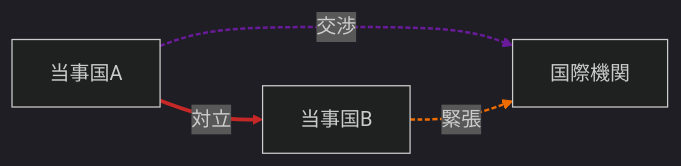
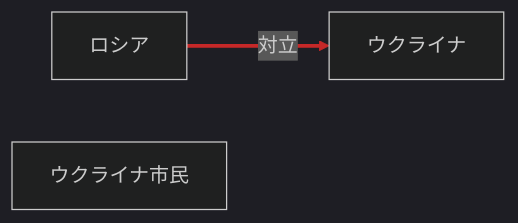
One commit to YUUUyutaro/tiseigaku changed diagram 19 of 25 in docs/reports/2026-04-22.md. Above: the diagram before and after it, drawn with Mermaid (dark theme). The commit also changed other lines of this file and 3 other files, not shown here.

````diff
--- a/docs/reports/2026-04-22.md
+++ b/docs/reports/2026-04-22.md
@@ -260,12 +348,8 @@
 ```mermaid
 graph LR
-  N0["当事国A"]
-  N1["当事国B"]
-  N2["国際機関"]
+  N0["ロシア"]
+  N1["ウクライナ"]
+  N2["ウクライナ市民"]
   N0 -->|対立| N1
-  N0 -->|交渉| N2
-  N1 -->|緊張| N2
   linkStyle 0 stroke:#c62828,stroke-width:3px;
-  linkStyle 1 stroke:#6a1b9a,stroke-width:2px,stroke-dasharray:4 2;
-  linkStyle 2 stroke:#ef6c00,stroke-width:2px,stroke-dasharray:4 2;
 ```
````
